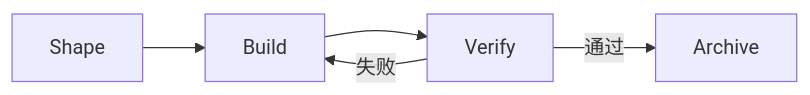
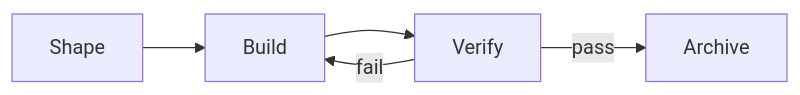
One commit to rpamis/comet-website-docs changed the second of 2 diagrams in zh/concepts/native-workflow.mdx. Above: the diagram before and after it, drawn with Mermaid. The commit also changed other lines of this file and 14 other files, not shown here.

````diff
--- a/zh/concepts/native-workflow.mdx
+++ b/zh/concepts/native-workflow.mdx
@@ -99,7 +99,7 @@
 ```mermaid
 flowchart LR
   S["Shape"] --> B["Build"]
   B --> V["Verify"]
-  V -->|通过| A["Archive"]
-  V -->|失败| B
+  V -->|pass| A["Archive"]
+  V -->|fail| B
 ```
````
